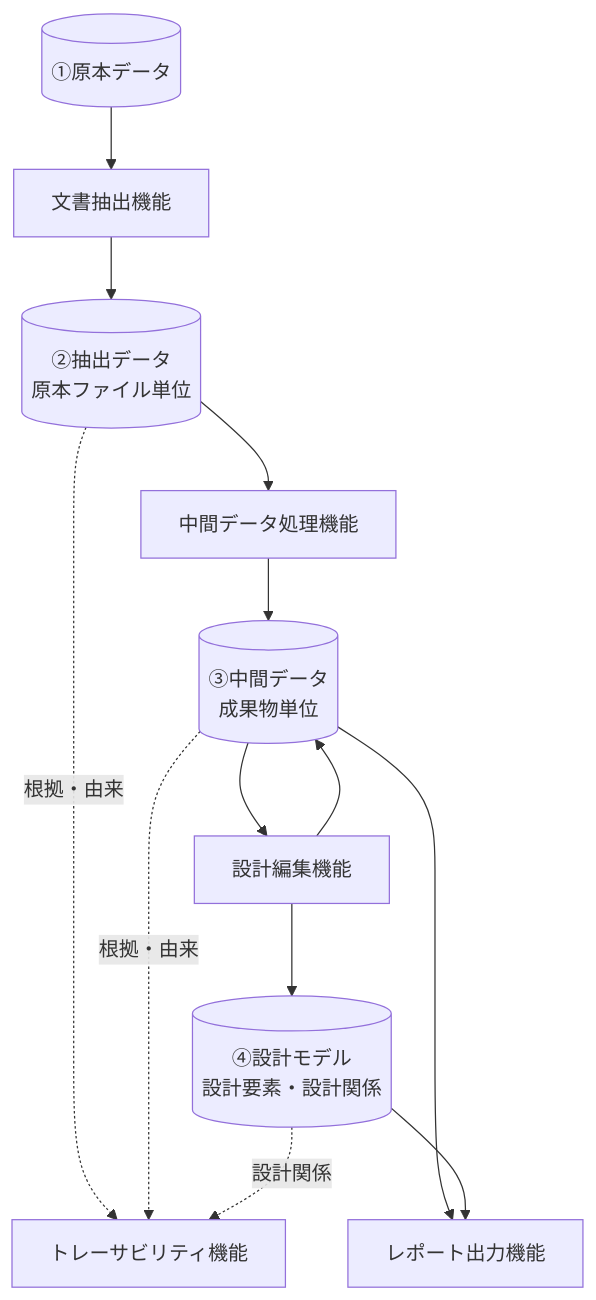
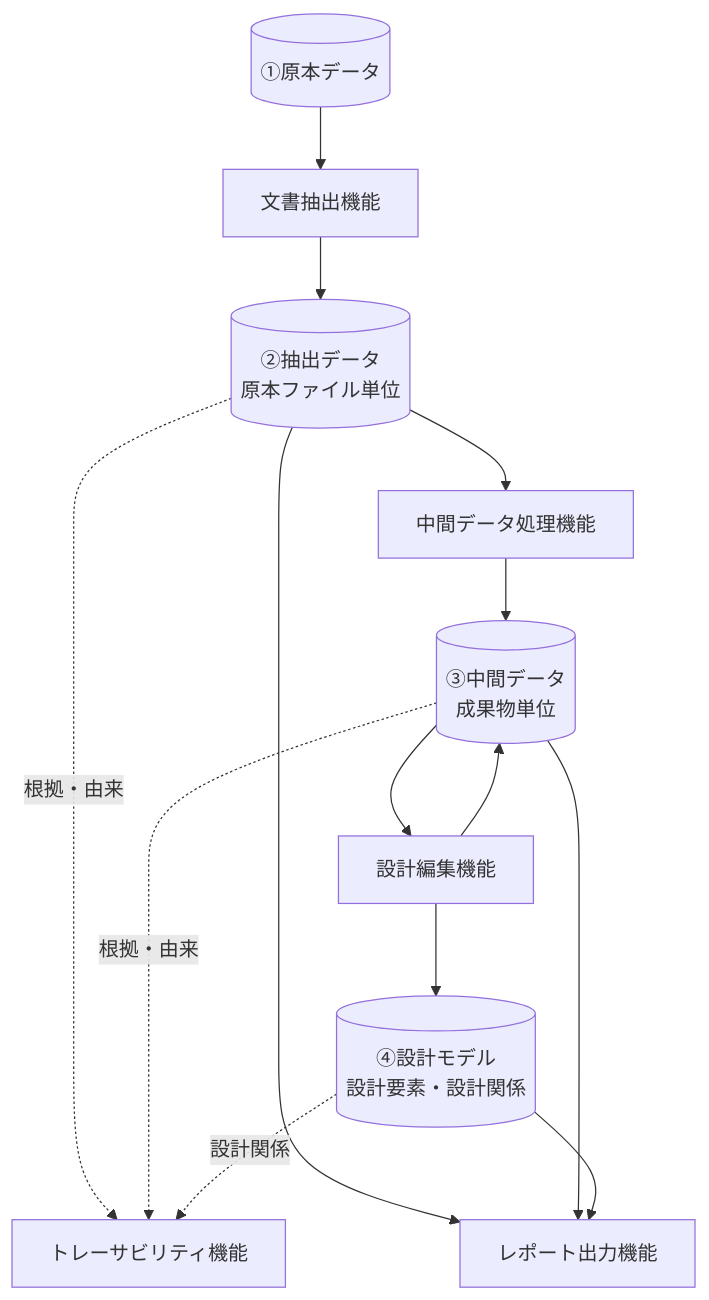
One commit to kfuruichi0920/d2d changed the first of 9 diagrams in docs/sdd_function_architecture.md. Above: the diagram before and after it, drawn with Mermaid. The commit also changed other lines of this file and 1 other file, not shown here.

````diff
--- a/docs/sdd_function_architecture.md
+++ b/docs/sdd_function_architecture.md
@@ -77,26 +71,27 @@
 ```mermaid
 flowchart TD
     Source[(①原本データ)]
     Extracted[(②抽出データ\n原本ファイル単位)]
     IntermediateData[(③中間データ\n成果物単位)]
     DesignModel[(④設計モデル\n設計要素・設計関係)]
 
     Importer[文書抽出機能]
     Intermediate[中間データ処理機能]
     DesignEdit[設計編集機能]
     Trace[トレーサビリティ機能]
     Report[レポート出力機能]
 
     Source --> Importer
     Importer --> Extracted
     Extracted --> Intermediate
     Intermediate --> IntermediateData
     IntermediateData --> DesignEdit
     DesignEdit --> IntermediateData
     DesignEdit --> DesignModel
     Extracted -.根拠・由来.-> Trace
     IntermediateData -.根拠・由来.-> Trace
     DesignModel -.設計関係.-> Trace
+    Extracted --> Report
     IntermediateData --> Report
     DesignModel --> Report
 ```
````
